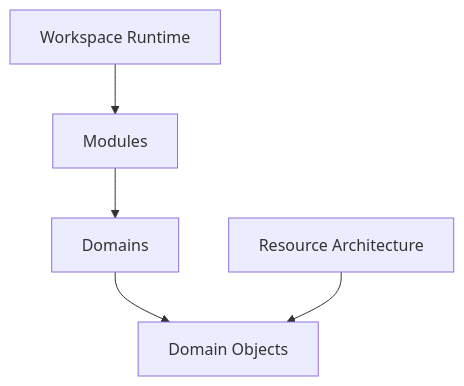
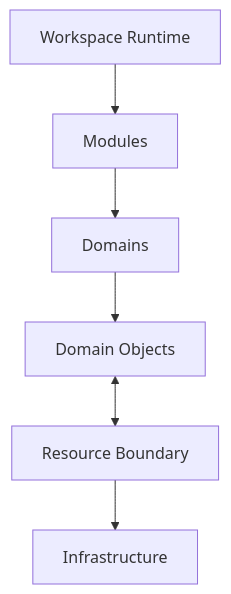
Before and after one commit to kjvonly/kjvonly.bible: the first of 5 diagrams in docs/01_application-architecture/001-application-overview.md, drawn with Mermaid. The commit also changed other lines of this file, not shown here.

````diff
--- a/docs/01_application-architecture/001-application-overview.md
+++ b/docs/01_application-architecture/001-application-overview.md
@@ -77,21 +84,25 @@
 ```mermaid
 flowchart TD
 
-    WORKSPACE["Workspace Runtime"]
+    RUNTIME["Workspace Runtime"]
 
     MODULES["Modules"]
 
     DOMAINS["Domains"]
 
     OBJECTS["Domain Objects"]
 
-    RESOURCES["Resource Architecture"]
+    BOUNDARY["Resource Boundary"]
 
-    WORKSPACE --> MODULES
+    INFRA["Infrastructure"]
+
+    RUNTIME --> MODULES
 
     MODULES --> DOMAINS
 
     DOMAINS --> OBJECTS
 
-    RESOURCES --> OBJECTS
+    OBJECTS <--> BOUNDARY
+
+    BOUNDARY --> INFRA
 ```
````
